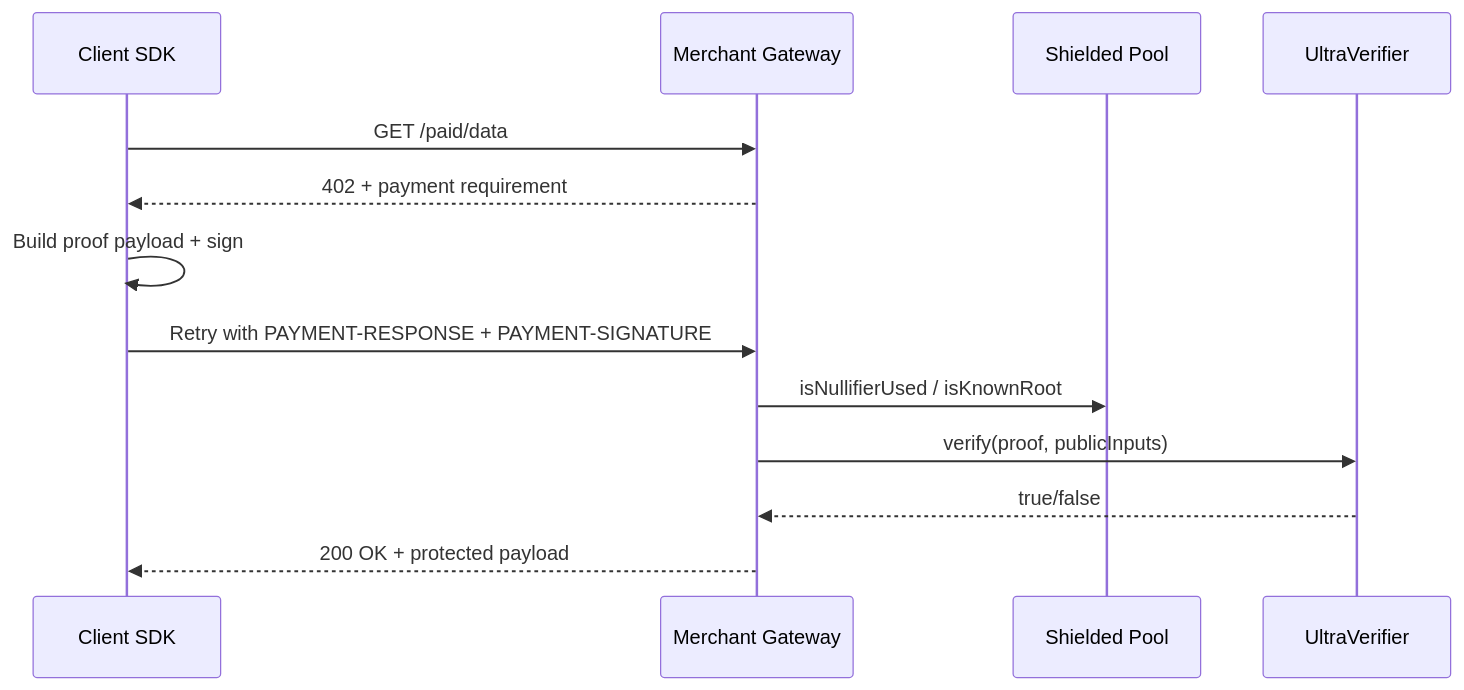
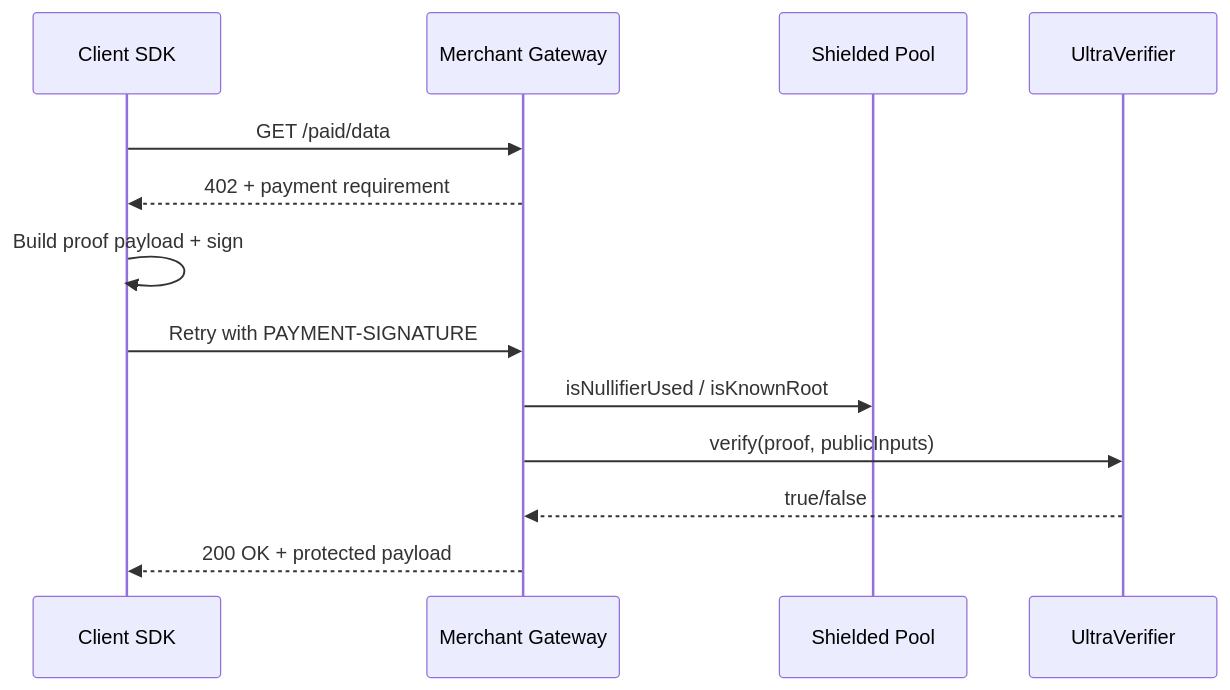
One commit to nhestrompia/shielded-x402 changed the first of 2 diagrams in docs/architecture.md. Above: the diagram before and after it, drawn with Mermaid. The commit also changed other lines of this file and 82 other files, not shown here.

````diff
--- a/docs/architecture.md
+++ b/docs/architecture.md
@@ -28,16 +29,16 @@
 ```mermaid
 sequenceDiagram
   participant C as Client SDK
   participant M as Merchant Gateway
   participant P as Shielded Pool
   participant V as UltraVerifier
 
   C->>M: GET /paid/data
   M-->>C: 402 + payment requirement
   C->>C: Build proof payload + sign
-  C->>M: Retry with PAYMENT-RESPONSE + PAYMENT-SIGNATURE
+  C->>M: Retry with PAYMENT-SIGNATURE
   M->>P: isNullifierUsed / isKnownRoot
   M->>V: verify(proof, publicInputs)
   V-->>M: true/false
   M-->>C: 200 OK + protected payload
 ```
````
